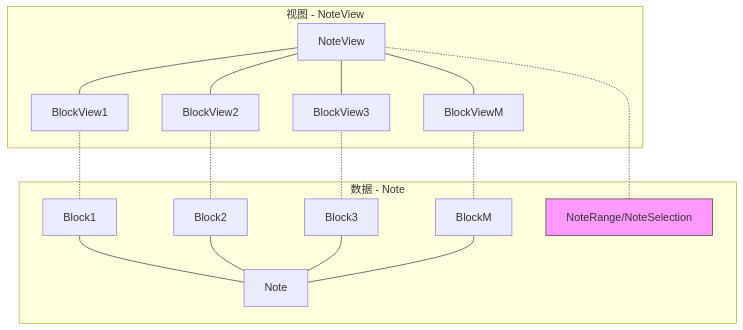
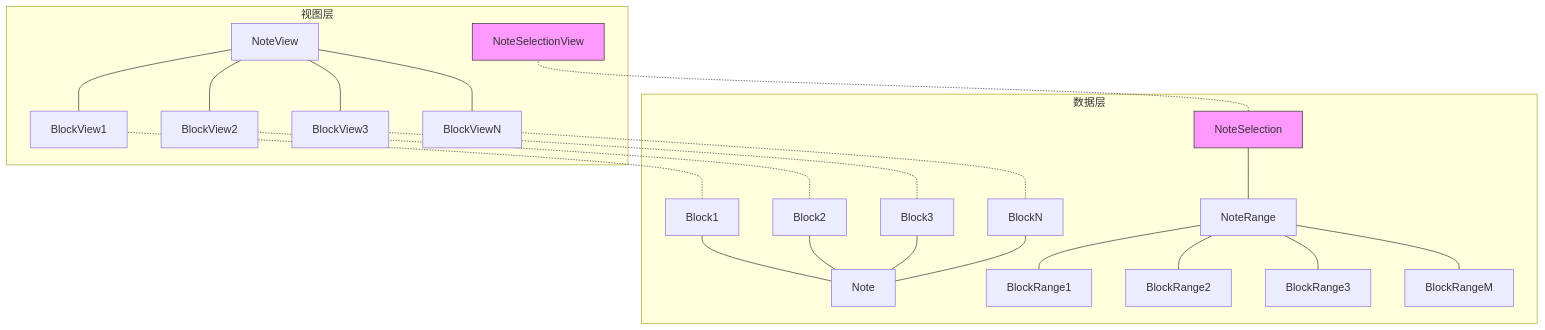
The diagram in talks/2016-08/bulb-editor-intro/mmd/note-data.mmd (FuDesign2008/ppt.md), drawn with Mermaid before and after one commit. The commit also changed 1 other file, not shown here.

```diff
--- a/talks/2016-08/bulb-editor-intro/mmd/note-data.mmd
+++ b/talks/2016-08/bulb-editor-intro/mmd/note-data.mmd
@@ -1,35 +1,43 @@
 graph BT
 
 
-subgraph 数据 - Note
+subgraph 数据层
     Block1
     Block2
     Block3
-    BlockM
+    BlockN
     Note
     Note --- Block1
     Note --- Block2
     Note --- Block3
-    Note --- BlockM
-    NoteRange/NoteSelection
+    Note --- BlockN
+    NoteSelection
+    NoteRange
+    NoteRange --- NoteSelection
+    BlockRange1 --- NoteRange
+    BlockRange2 --- NoteRange
+    BlockRange3 --- NoteRange
+    BlockRangeM --- NoteRange
 end
 
-subgraph 视图 - NoteView
+subgraph 视图层
     BlockView1
     BlockView2
     BlockView3
-    BlockViewM
+    BlockViewN
     NoteView
     BlockView1 --- NoteView
     BlockView2 --- NoteView
     BlockView3 --- NoteView
-    BlockViewM --- NoteView
+    BlockViewN --- NoteView
+    NoteSelectionView
 end
 
 Block1 -.- BlockView1
 Block2 -.- BlockView2
 Block3 -.- BlockView3
-BlockM -.- BlockViewM
-NoteRange/NoteSelection -.- NoteView
+BlockN -.- BlockViewN
+NoteSelection -.- NoteSelectionView
 
-style NoteRange/NoteSelection  fill:#f9f,stroke:#333;
+style NoteSelection  fill:#f9f,stroke:#333;
+style NoteSelectionView  fill:#f9f,stroke:#333;
```
